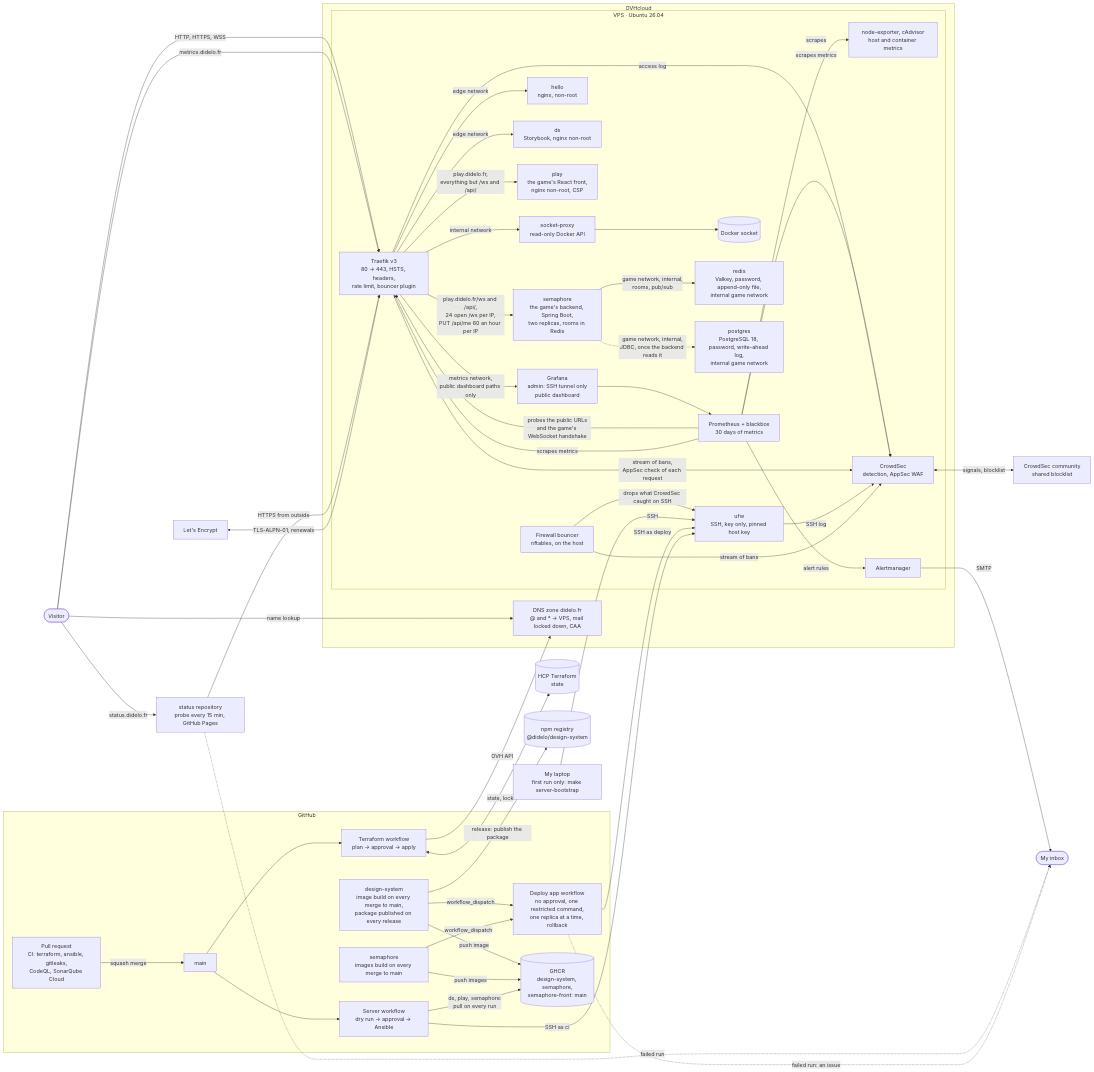
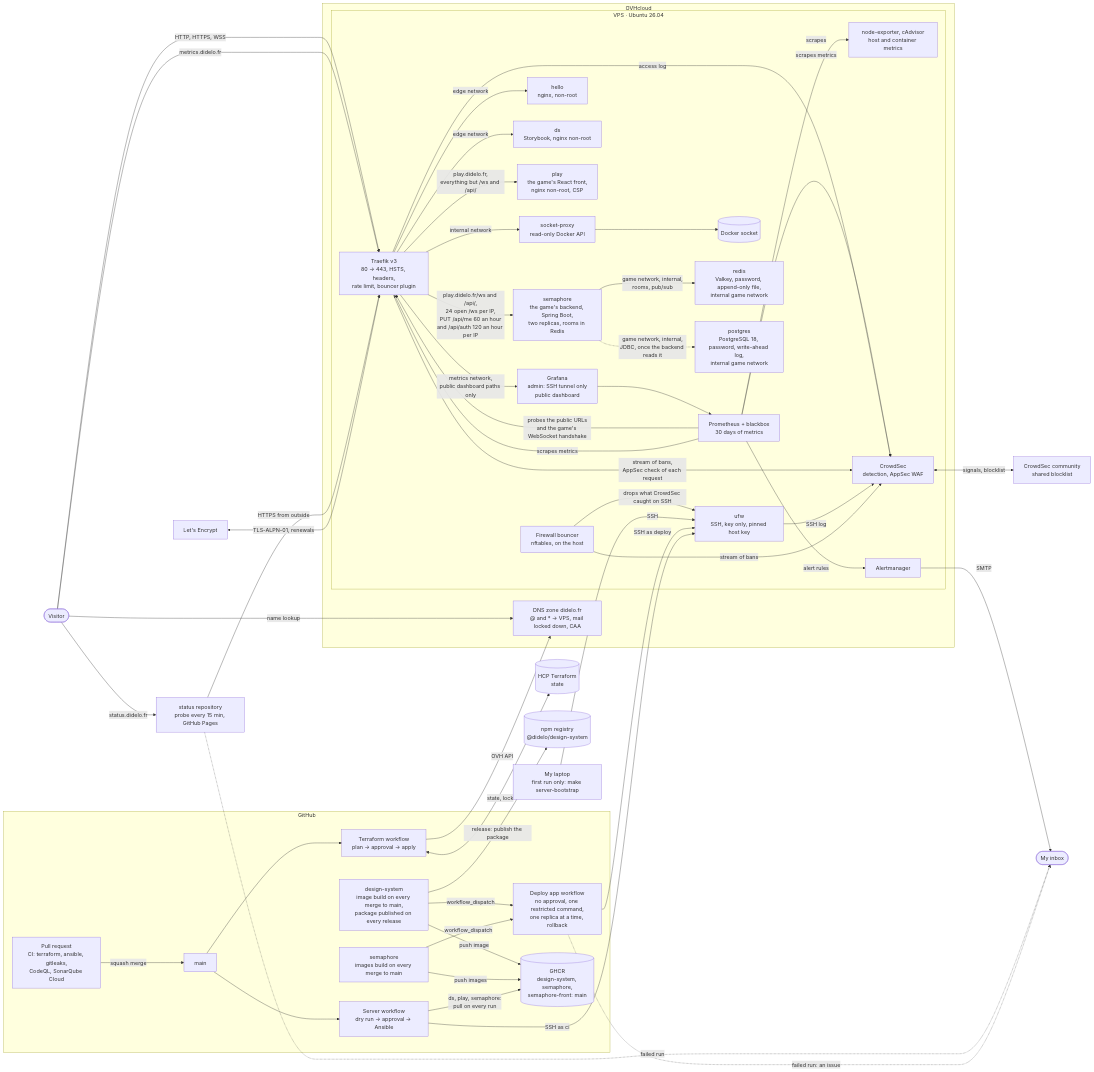
One commit to Didelo-lilian/infra changed the diagram in README.md. Above: the diagram before and after it, drawn with Mermaid. The commit also changed 6 other files, not shown here.

Commit message:
feat(semaphore): mount the OAuth values and limit /api/auth (#108)

```diff
--- a/README.md
+++ b/README.md
@@ -74,7 +74,7 @@
   traefik -->|"edge network"| hello
   traefik -->|"edge network"| ds
   traefik -->|"play.didelo.fr,<br/>everything but /ws and /api/"| play
-  traefik -->|"play.didelo.fr/ws and /api/,<br/>24 open /ws per IP,<br/>PUT /api/me 60 an hour per IP"| sem
+  traefik -->|"play.didelo.fr/ws and /api/,<br/>24 open /ws per IP,<br/>PUT /api/me 60 an hour<br/>and /api/auth 120 an hour per IP"| sem
   sem -->|"game network, internal,<br/>rooms, pub/sub"| redis
   sem -.->|"game network, internal,<br/>JDBC, once the backend reads it"| pg
   graf --> prom
```
